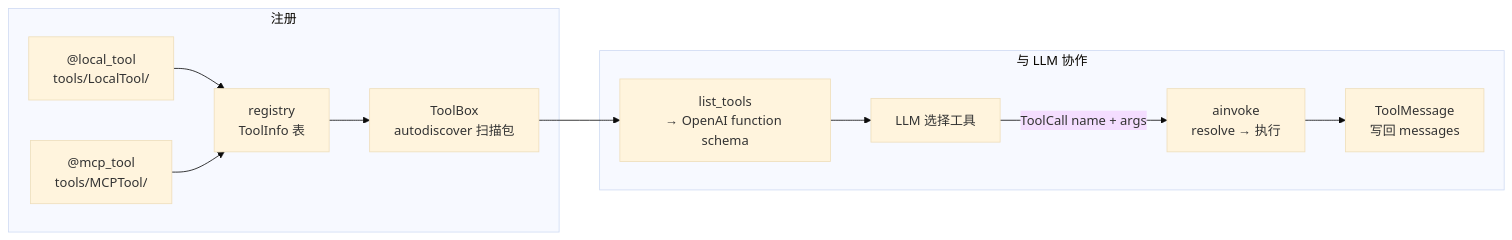
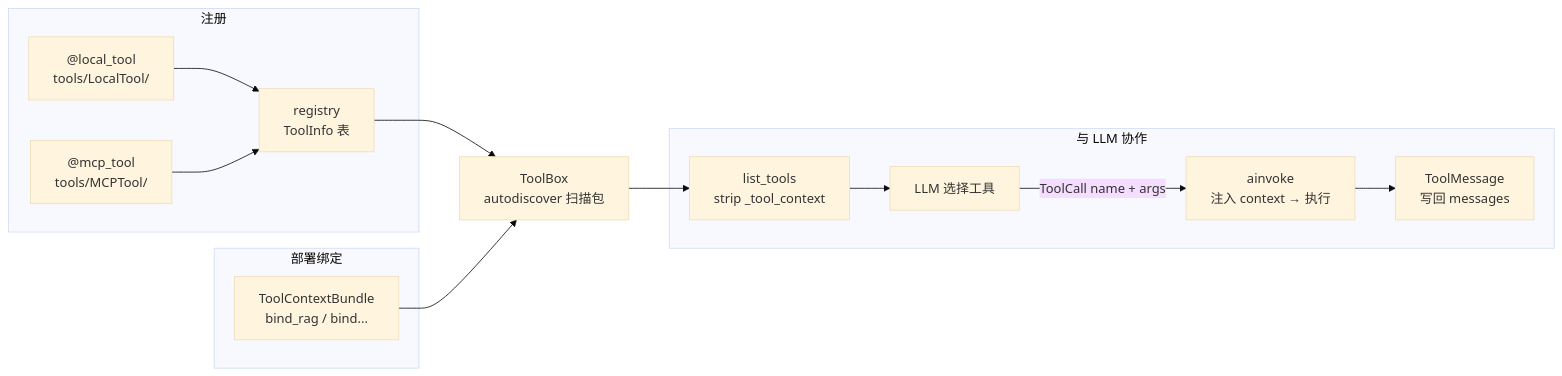
The second of 3 diagrams in README.md (ccJoeyClaire/composer-agentic_rag), drawn with Mermaid (base theme) before and after one commit. The commit also changed other lines of this file and 30 other files, not shown here.

````diff
--- a/README.md
+++ b/README.md
@@ -54,16 +54,26 @@
 ```mermaid
 flowchart LR
-    subgraph 注册
+    subgraph reg ["注册"]
         LT["@local_tool<br/>tools/LocalTool/"]
         MCP["@mcp_tool<br/>tools/MCPTool/"]
-        LT & MCP --> REG[registry<br/>ToolInfo 表]
-        REG --> TB[ToolBox<br/>autodiscover 扫描包]
+        LT & MCP --> REG["registry<br/>ToolInfo 表"]
     end
 
-    subgraph 与 LLM 协作
-        TB --> LIST[list_tools<br/>→ OpenAI function schema]
-        LIST --> LLM2[LLM 选择工具]
-        LLM2 -->|ToolCall name + args| INV[ainvoke<br/>resolve → 执行]
-        INV --> TM[ToolMessage<br/>写回 messages]
+    subgraph deploy ["部署绑定"]
+        CTX["ToolContextBundle<br/>bind_rag / bind..."]
     end
+
+    subgraph llm ["与 LLM 协作"]
+        LIST["list_tools<br/>strip _tool_context"]
+        LLM2["LLM 选择工具"]
+        INV["ainvoke<br/>注入 context → 执行"]
+        TM["ToolMessage<br/>写回 messages"]
+        LIST --> LLM2
+        LLM2 -->|ToolCall name + args| INV
+        INV --> TM
+    end
+
+    REG --> TB["ToolBox<br/>autodiscover 扫描包"]
+    CTX --> TB
+    TB --> LIST
 ```
````
